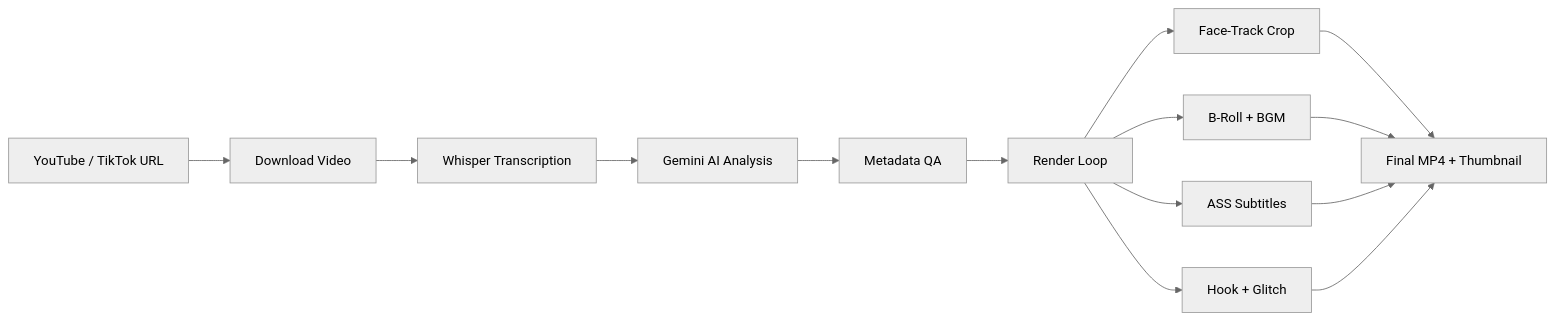
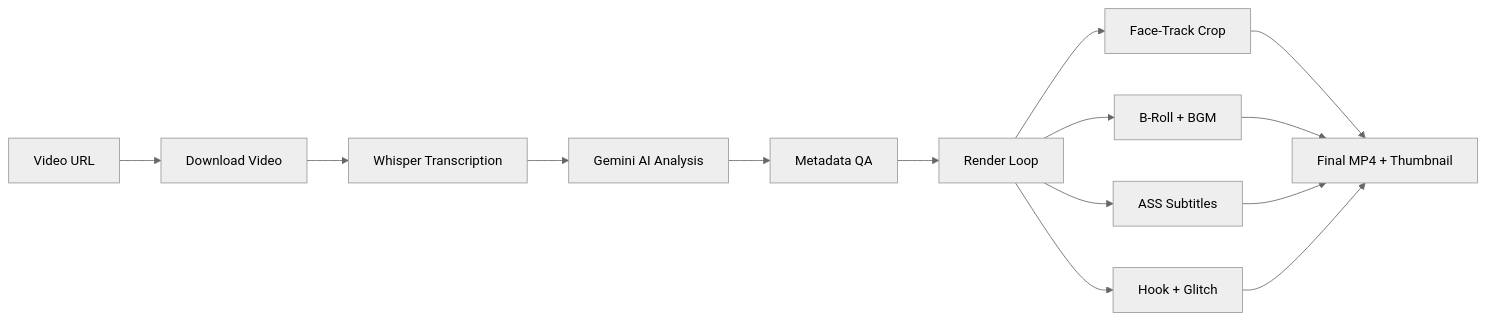
One commit to troublescope/Ashortai changed the diagram in README.md. Above: the diagram before and after it, drawn with Mermaid (neutral theme). The commit also changed other lines of this file and 6 other files, not shown here.

````diff
--- a/README.md
+++ b/README.md
@@ -403,13 +409,13 @@
 ```mermaid
 graph LR
-    A[YouTube / TikTok URL] --> B[Download Video]
+    A[Video URL] --> B[Download Video]
     B --> C[Whisper Transcription]
     C --> D[Gemini AI Analysis]
     D --> E[Metadata QA]
     E --> F[Render Loop]
     F --> G[Face-Track Crop]
     F --> H[B-Roll + BGM]
     F --> I[ASS Subtitles]
     F --> J[Hook + Glitch]
     G & H & I & J --> K[Final MP4 + Thumbnail]
 ```
````
